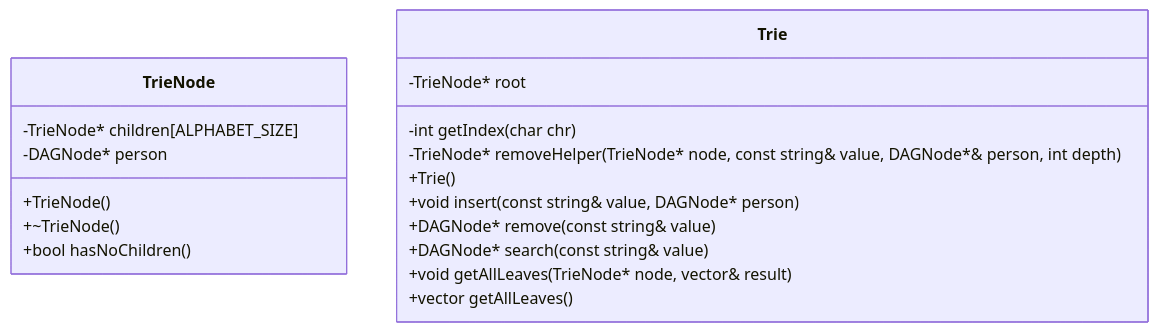
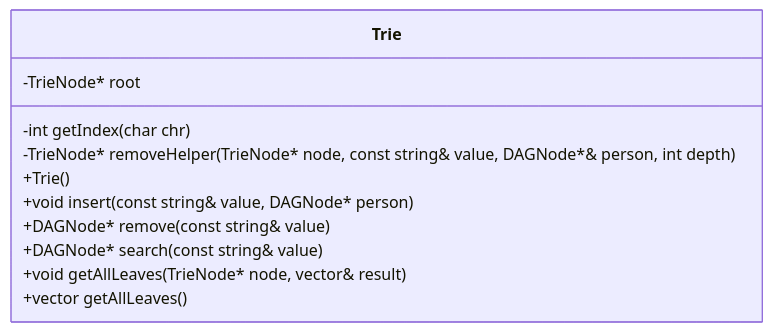
Before and after one commit to k-forghani/mysterious-family: the second of 5 diagrams in schema/uml.md, drawn with Mermaid. The commit also changed other lines of this file and 2 other files, not shown here.

````diff
--- a/schema/uml.md
+++ b/schema/uml.md
@@ -5,21 +16,14 @@
 ```mermaid
 classDiagram
-    class TrieNode {
-        -TrieNode* children[ALPHABET_SIZE]
-        -DAGNode* person
-        +TrieNode()
-        +~TrieNode()
-        +bool hasNoChildren()
-    }
     class Trie {
         -TrieNode* root
         -int getIndex(char chr)
         -TrieNode* removeHelper(TrieNode* node, const string& value, DAGNode*& person, int depth)
         +Trie()
         +void insert(const string& value, DAGNode* person)
         +DAGNode* remove(const string& value)
         +DAGNode* search(const string& value)
         +void getAllLeaves(TrieNode* node, vector<DAGNode*>& result)
         +vector<DAGNode*> getAllLeaves()
     }
 ```
````
